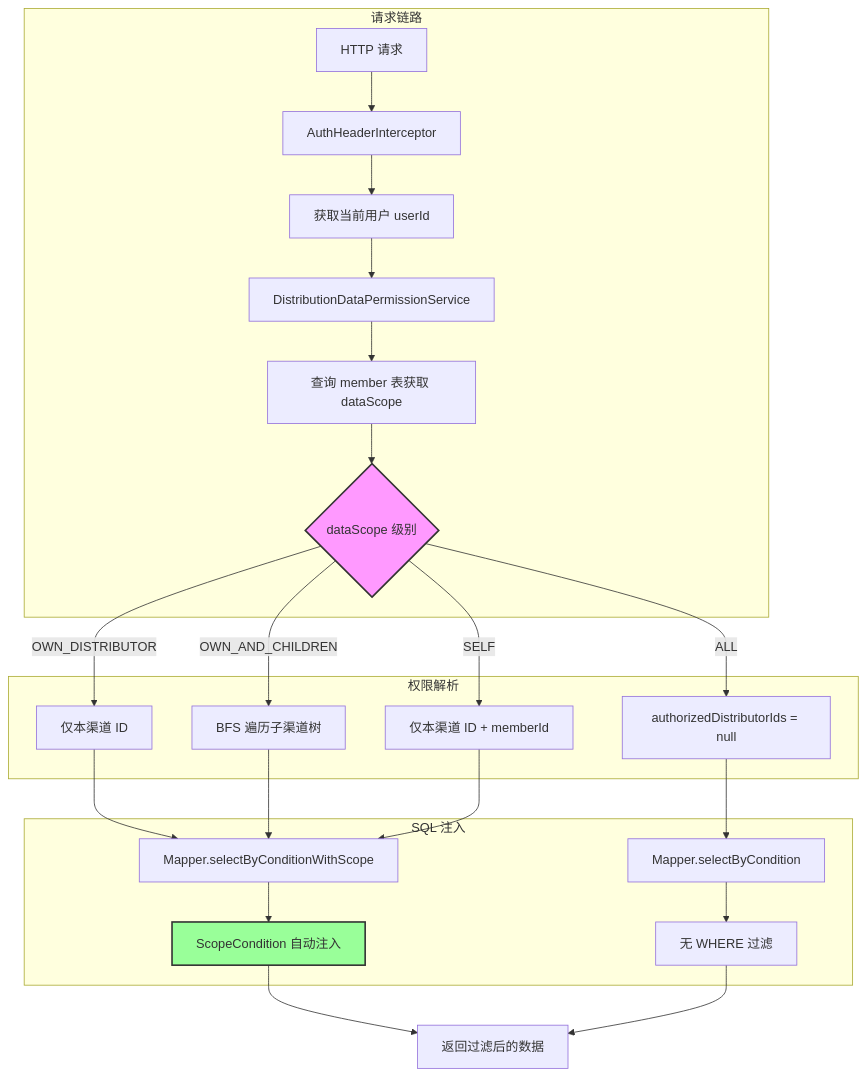
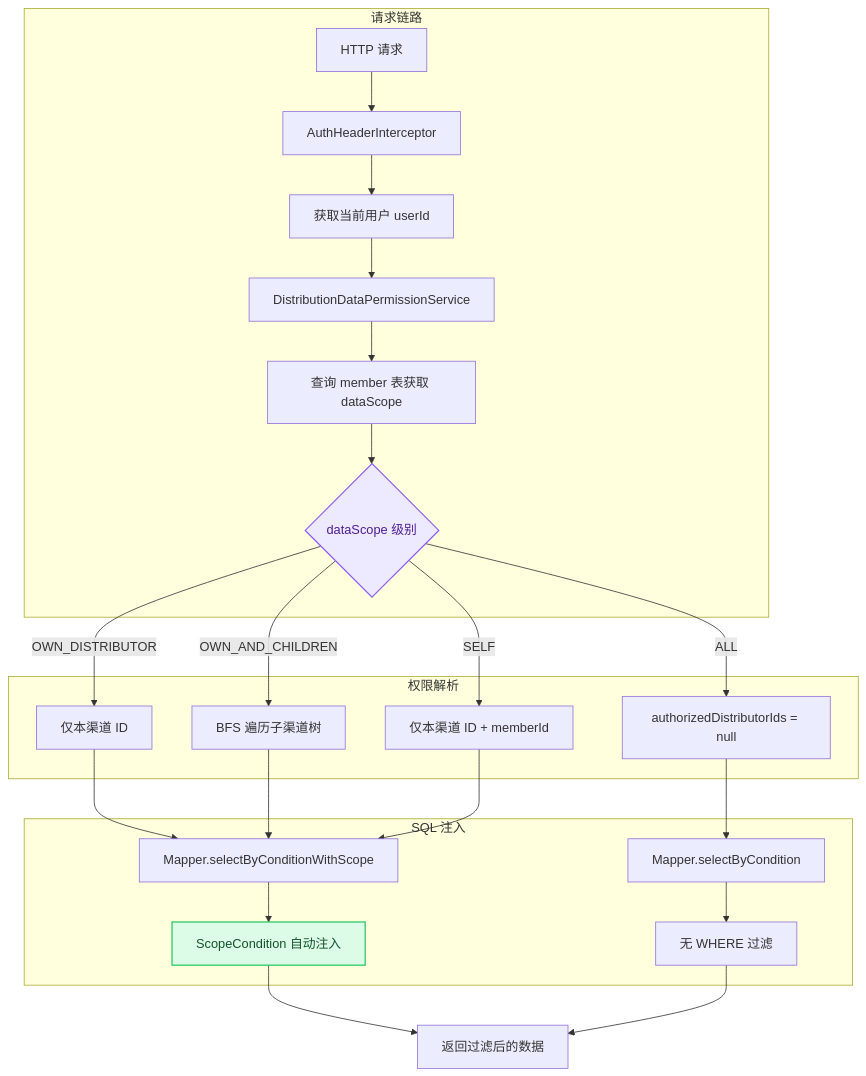
One commit to StevenTsai/distribution-architecture changed the diagram in architecture/data-permission-model.md. Above: the diagram before and after it, drawn with Mermaid. The commit also changed 16 other files, not shown here.

First line of the commit message:
feat(docs): render Mermaid diagrams and fix case-study 404s

````diff
--- a/architecture/data-permission-model.md
+++ b/architecture/data-permission-model.md
@@ -11,32 +11,34 @@
 ```mermaid
 flowchart TB
     subgraph 请求链路
         A[HTTP 请求] --> B[AuthHeaderInterceptor]
         B --> C[获取当前用户 userId]
         C --> D[DistributionDataPermissionService]
         D --> E[查询 member 表获取 dataScope]
         E --> F{dataScope 级别}
     end
 
     subgraph 权限解析
         F -->|ALL| G[authorizedDistributorIds = null]
         F -->|OWN_DISTRIBUTOR| H[仅本渠道 ID]
         F -->|OWN_AND_CHILDREN| I[BFS 遍历子渠道树]
         F -->|SELF| J[仅本渠道 ID + memberId]
     end
 
     subgraph SQL 注入
         G --> K[Mapper.selectByCondition]
         H --> L[Mapper.selectByConditionWithScope]
         I --> L
         J --> L
         K --> M[无 WHERE 过滤]
         L --> N[ScopeCondition 自动注入]
     end
 
     N --> O[返回过滤后的数据]
     M --> O
 
-    style F fill:#f9f,stroke:#333,stroke-width:2px
-    style N fill:#9f9,stroke:#333,stroke-width:2px
+    class F decision
+    class N success
+    classDef decision fill:#ede9fe,stroke:#8b5cf6,color:#4c1d95,stroke-width:1.5px
+    classDef success fill:#dcfce7,stroke:#22c55e,color:#14532d,stroke-width:1.5px
 ```
````
